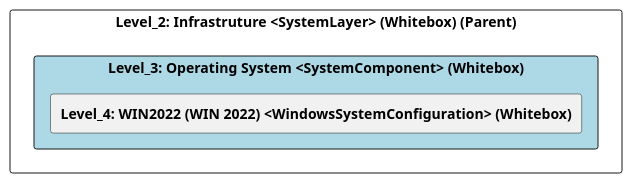
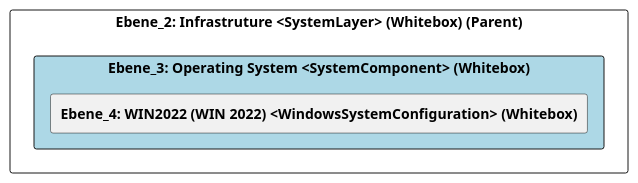
The diagram in src/cleon.architecturemethods.arc42.sample/doc/cleon_architecturemethods_arc42_sample_system/adoc/de/05_bausteinsicht/ikt/infrastruture/operating_system/ebene_3_operating_system.adoc (marcozwyssig/cleon), drawn with PlantUML before and after one commit. The commit also changed other lines of this file and 214 other files, not shown here.

```diff
--- a/src/cleon.architecturemethods.arc42.sample/doc/cleon_architecturemethods_arc42_sample_system/adoc/de/05_bausteinsicht/ikt/infrastruture/operating_system/ebene_3_operating_system.adoc
+++ b/src/cleon.architecturemethods.arc42.sample/doc/cleon_architecturemethods_arc42_sample_system/adoc/de/05_bausteinsicht/ikt/infrastruture/operating_system/ebene_3_operating_system.adoc
@@ -20,26 +20,26 @@
-[plantuml, Level_3: Operating System <SystemComponent> (Whitebox)BlockOverview, format="svg"]
+[plantuml, Ebene_3: Operating System <SystemComponent> (Whitebox)BlockOverview, format="svg"]
 ----
-@startuml Level_3: Operating System <SystemComponent> (Whitebox)BuildingBlockOverview
+@startuml Ebene_3: Operating System <SystemComponent> (Whitebox)BuildingBlockOverview
 
 skinparam ranksep 10
 skinparam componentStyle rectangle
 skinparam shadowing false
 skinparam arrowColor lightblue
 skinparam arrowThickness 1.2
 skinparam rectangle {
   BackgroundColor White
   BorderColor #333
   RoundCorner 10
 }
 top to bottom direction
 
-component "Level_2: Infrastruture <SystemLayer> (Whitebox) (Parent)" {
-    component "Level_3: Operating System <SystemComponent> (Whitebox)" #lightblue {
-        [**Level_4: WIN2022 (WIN 2022) <WindowsSystemConfiguration> (Whitebox)**] as 1308A142_BEE7_11EF_8DCB_A78DEF9EA3BD
+component "Ebene_2: Infrastruture <SystemLayer> (Whitebox) (Parent)" {
+    component "Ebene_3: Operating System <SystemComponent> (Whitebox)" #lightblue {
+        [**Ebene_4: WIN2022 (WIN 2022) <WindowsSystemConfiguration> (Whitebox)**] as 1308A142_BEE7_11EF_8DCB_A78DEF9EA3BD
     }
 
     
 }
 
 @enduml
 ----
```
